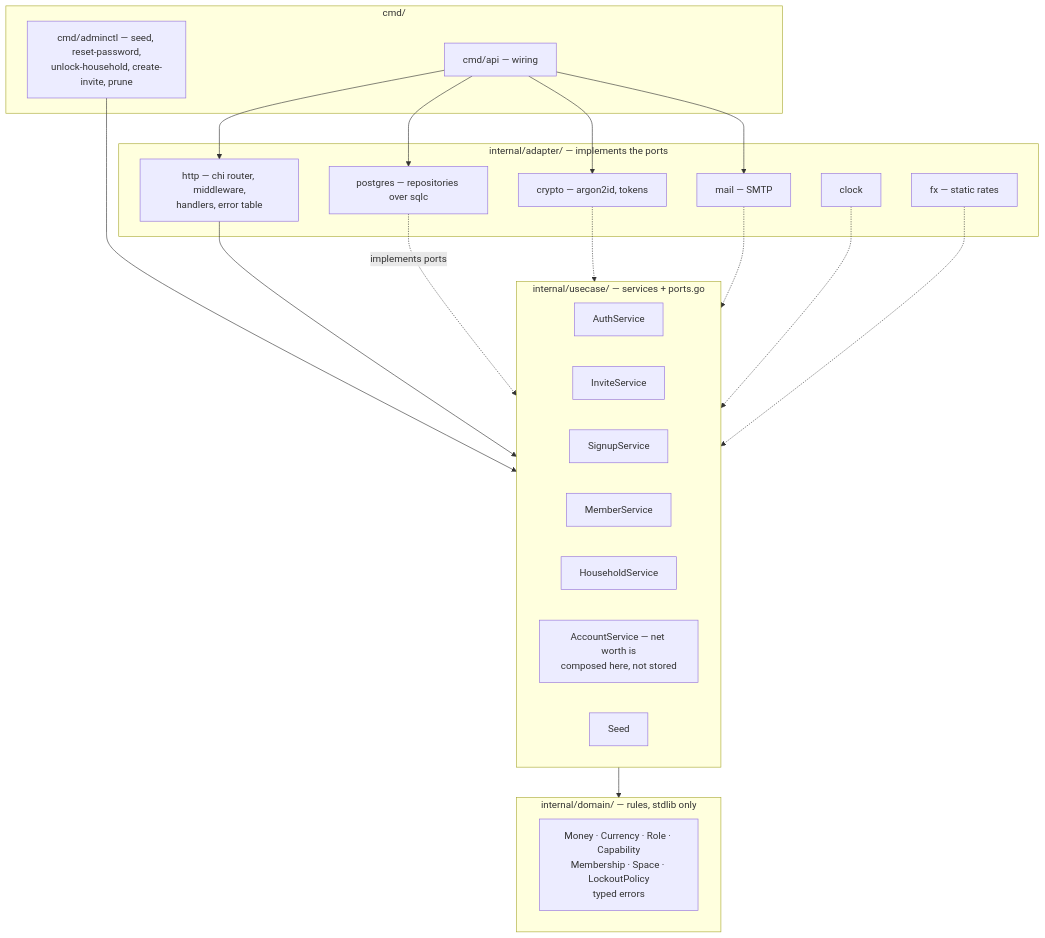
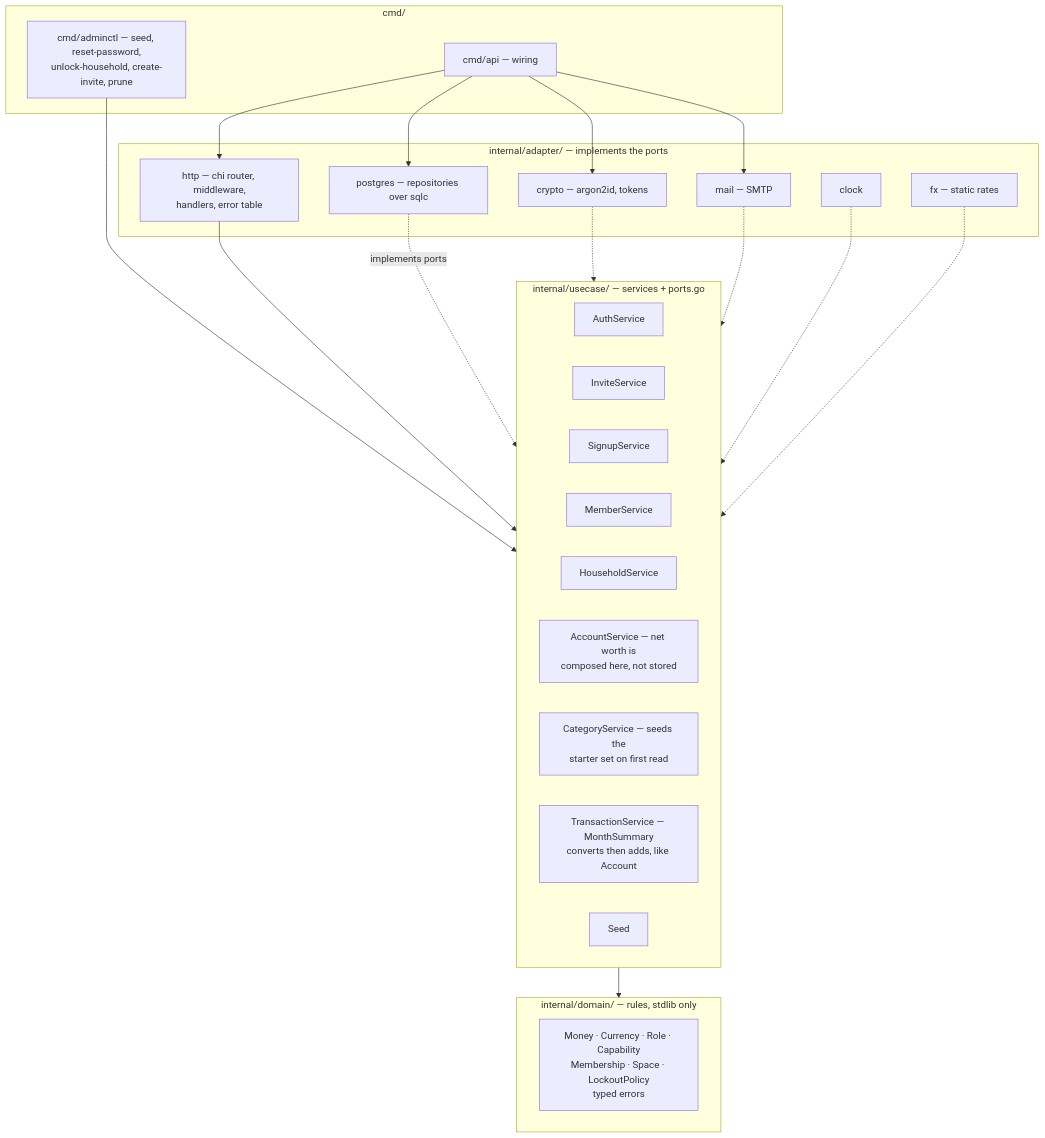
One commit to oandrz/Household changed the second of 11 diagrams in docs/SYSTEM_DESIGN.md. Above: the diagram before and after it, drawn with Mermaid. The commit also changed other lines of this file and 3 other files, not shown here.

````diff
--- a/docs/SYSTEM_DESIGN.md
+++ b/docs/SYSTEM_DESIGN.md
@@ -70,43 +73,45 @@
 ```mermaid
 graph TD
     subgraph cmd["cmd/"]
         Main["cmd/api — wiring"]
         Admin["cmd/adminctl — seed, reset-password,<br/>unlock-household, create-invite, prune"]
     end
 
     subgraph adapters["internal/adapter/ — implements the ports"]
         HTTP["http — chi router, middleware,<br/>handlers, error table"]
         PGA["postgres — repositories over sqlc"]
         Crypto["crypto — argon2id, tokens"]
         MailA["mail — SMTP"]
         Clock["clock"]
         FX["fx — static rates"]
     end
 
     subgraph usecase["internal/usecase/ — services + ports.go"]
         Auth["AuthService"]
         Invite["InviteService"]
         Signup["SignupService"]
         Member["MemberService"]
         House["HouseholdService"]
         Account["AccountService — net worth is<br/>composed here, not stored"]
+        Category["CategoryService — seeds the<br/>starter set on first read"]
+        Transaction["TransactionService — MonthSummary<br/>converts then adds, like Account"]
         Seed["Seed"]
     end
 
     subgraph domain["internal/domain/ — rules, stdlib only"]
         Rules["Money · Currency · Role · Capability<br/>Membership · Space · LockoutPolicy<br/>typed errors"]
     end
 
     Main --> HTTP
     Main --> PGA
     Main --> Crypto
     Main --> MailA
     Admin --> usecase
     HTTP --> usecase
     usecase --> domain
     PGA -.->|implements ports| usecase
     Crypto -.-> usecase
     MailA -.-> usecase
     Clock -.-> usecase
     FX -.-> usecase
 ```
````
